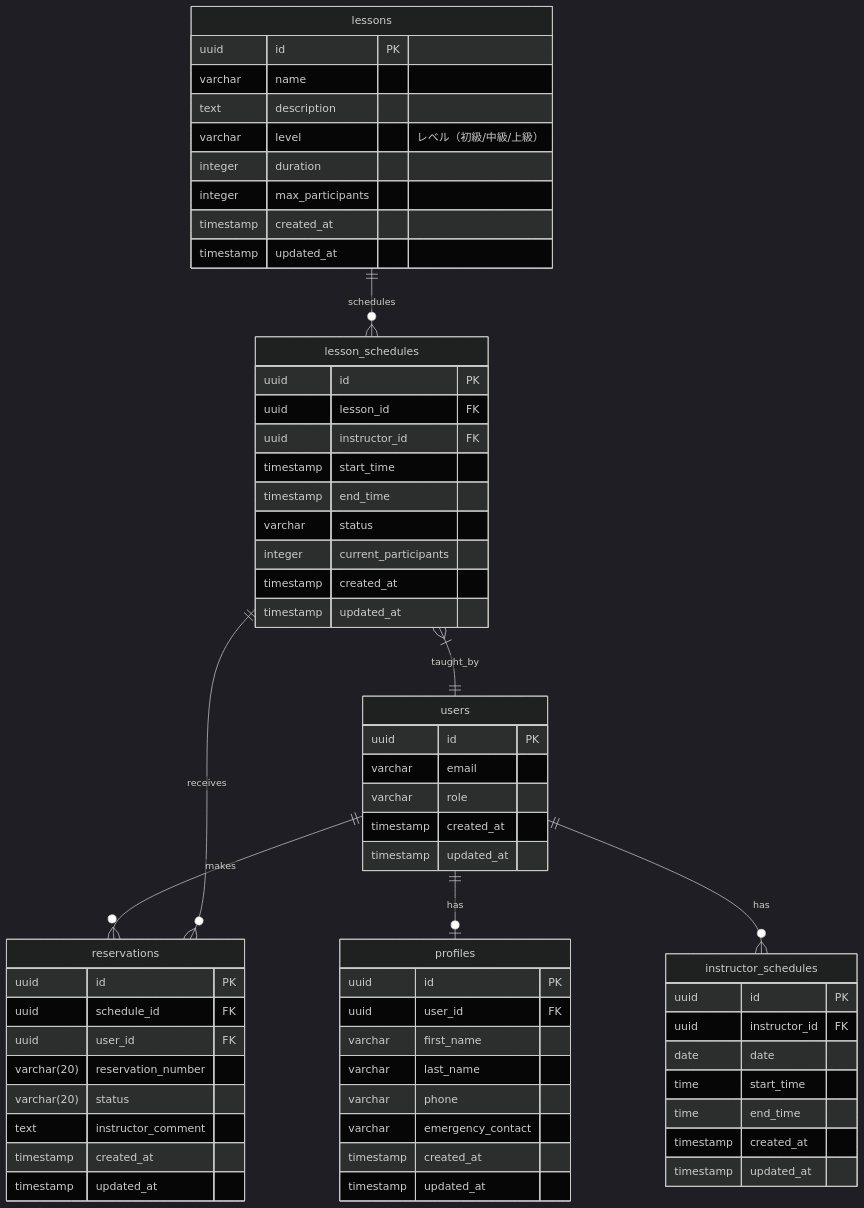
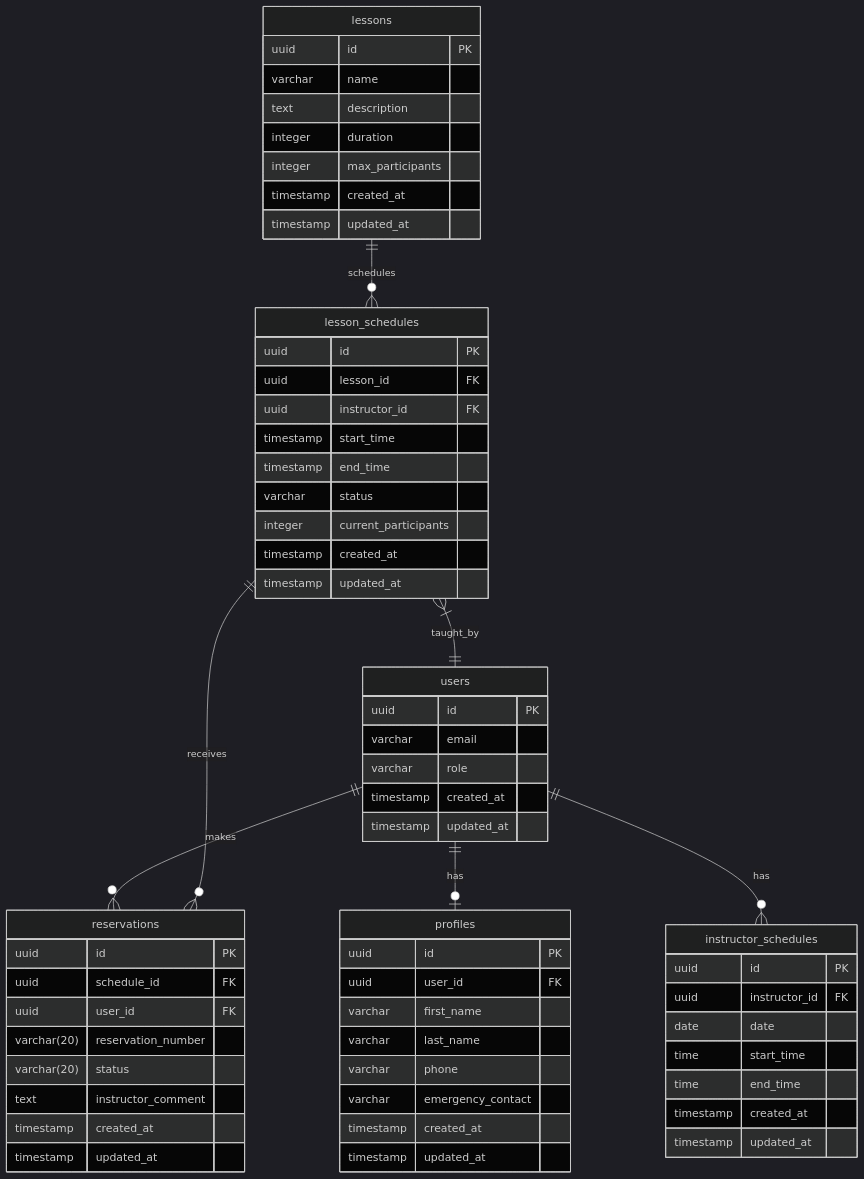
One commit to kater-iam/ski-school-management-2 changed the diagram in 04-DB設計.md. Above: the diagram before and after it, drawn with Mermaid (dark theme). The commit also changed other lines of this file and 3 other files, not shown here.

````diff
--- a/04-DB設計.md
+++ b/04-DB設計.md
@@ -5,74 +5,73 @@
 ```mermaid
 erDiagram
     users ||--o| profiles : has
     users ||--o{ reservations : makes
     users ||--o{ instructor_schedules : has
     
     lessons ||--o{ lesson_schedules : schedules
     
     lesson_schedules ||--o{ reservations : receives
     lesson_schedules }|--|| users : taught_by
 
     users {
         uuid id PK
         varchar email
         varchar role
         timestamp created_at
         timestamp updated_at
     }
     
     profiles {
         uuid id PK
         uuid user_id FK
         varchar first_name
         varchar last_name
         varchar phone
         varchar emergency_contact
         timestamp created_at
         timestamp updated_at
     }
     
     lessons {
         uuid id PK
         varchar name
         text description
-        varchar level "レベル（初級/中級/上級）"
         integer duration
         integer max_participants
         timestamp created_at
         timestamp updated_at
     }
     
     lesson_schedules {
         uuid id PK
         uuid lesson_id FK
         uuid instructor_id FK
         timestamp start_time
         timestamp end_time
         varchar status
         integer current_participants
         timestamp created_at
         timestamp updated_at
     }
     
     reservations {
         uuid id PK
         uuid schedule_id FK
         uuid user_id FK
         varchar(20) reservation_number
         varchar(20) status
         text instructor_comment
         timestamp created_at
         timestamp updated_at
     }
     
     instructor_schedules {
         uuid id PK
         uuid instructor_id FK
         date date
         time start_time
         time end_time
         timestamp created_at
         timestamp updated_at
     }
 ```
````
